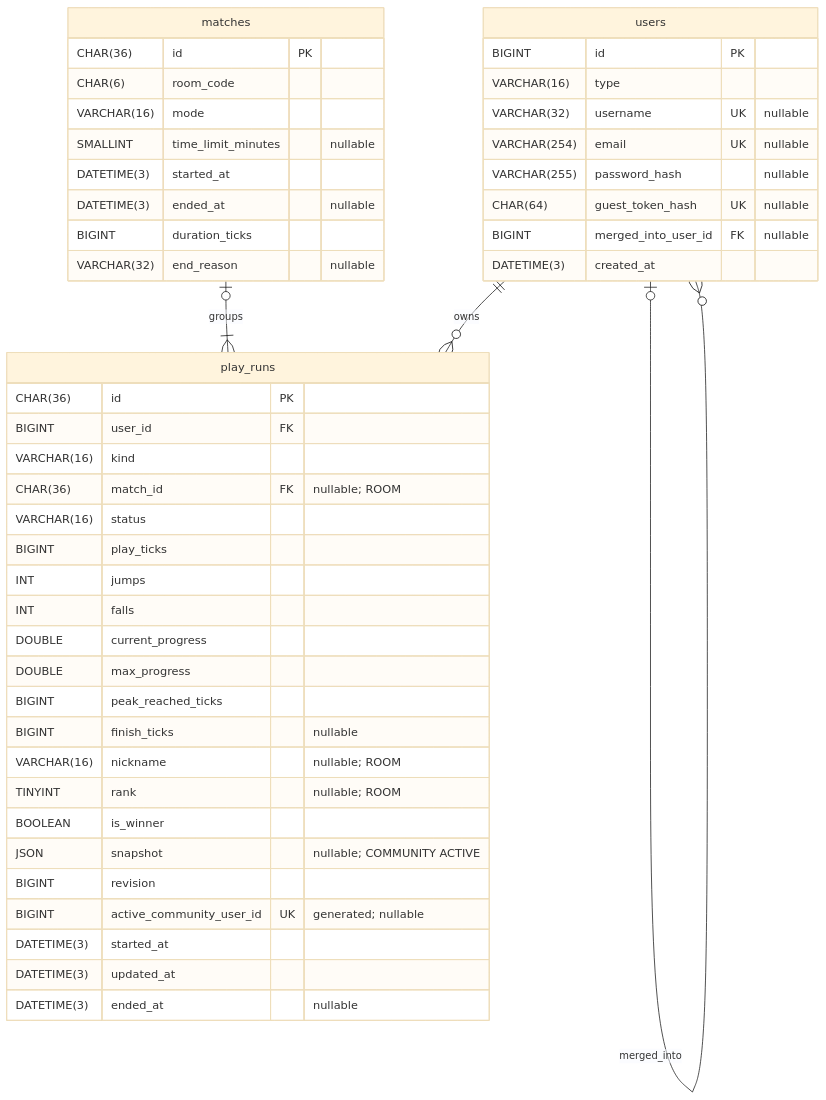
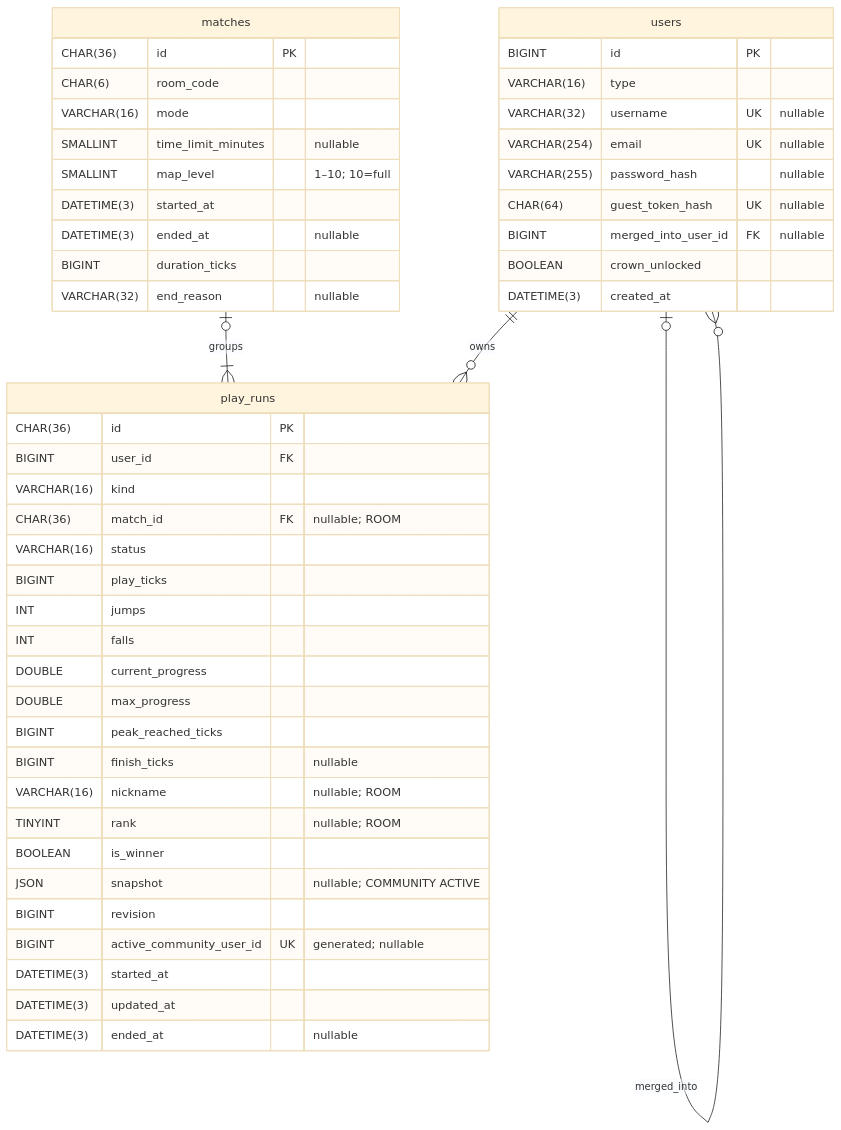
Before and after one commit to nvbangg/JumKing-Multiplayer: the diagram in docs/data.md, drawn with Mermaid (base theme). The commit also changed other lines of this file and 16 other files, not shown here.

````diff
--- a/docs/data.md
+++ b/docs/data.md
@@ -15,50 +15,52 @@
 ```mermaid
 erDiagram
     users ||--o{ play_runs : owns
     matches o|--|{ play_runs : groups
     users o|--o{ users : merged_into
 
     users {
         BIGINT id PK
         VARCHAR(16) type
         VARCHAR(32) username UK "nullable"
         VARCHAR(254) email UK "nullable"
         VARCHAR(255) password_hash "nullable"
         CHAR(64) guest_token_hash UK "nullable"
         BIGINT merged_into_user_id FK "nullable"
+        BOOLEAN crown_unlocked
         DATETIME(3) created_at
     }
     play_runs {
         CHAR(36) id PK
         BIGINT user_id FK
         VARCHAR(16) kind
         CHAR(36) match_id FK "nullable; ROOM"
         VARCHAR(16) status
         BIGINT play_ticks
         INT jumps
         INT falls
         DOUBLE current_progress
         DOUBLE max_progress
         BIGINT peak_reached_ticks
         BIGINT finish_ticks "nullable"
         VARCHAR(16) nickname "nullable; ROOM"
         TINYINT rank "nullable; ROOM"
         BOOLEAN is_winner
         JSON snapshot "nullable; COMMUNITY ACTIVE"
         BIGINT revision
         BIGINT active_community_user_id UK "generated; nullable"
         DATETIME(3) started_at
         DATETIME(3) updated_at
         DATETIME(3) ended_at "nullable"
     }
     matches {
         CHAR(36) id PK
         CHAR(6) room_code
         VARCHAR(16) mode
         SMALLINT time_limit_minutes "nullable"
+        SMALLINT map_level "1–10; 10=full"
         DATETIME(3) started_at
         DATETIME(3) ended_at "nullable"
         BIGINT duration_ticks
         VARCHAR(32) end_reason "nullable"
     }
 ```
````
